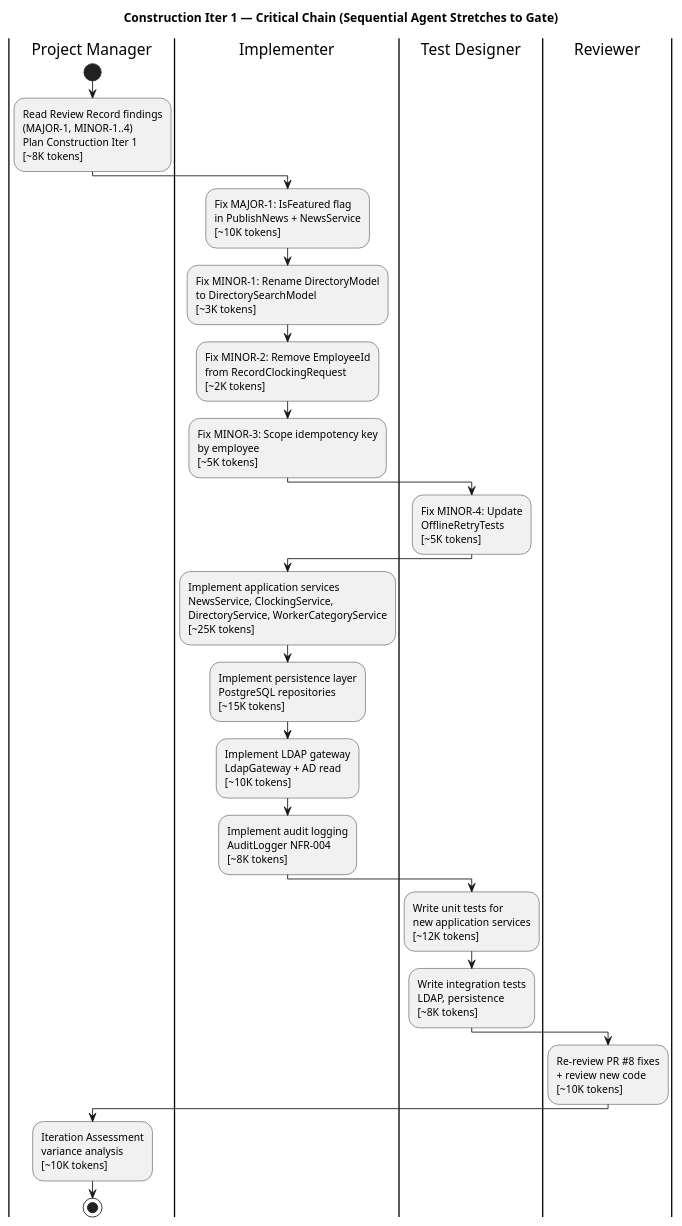
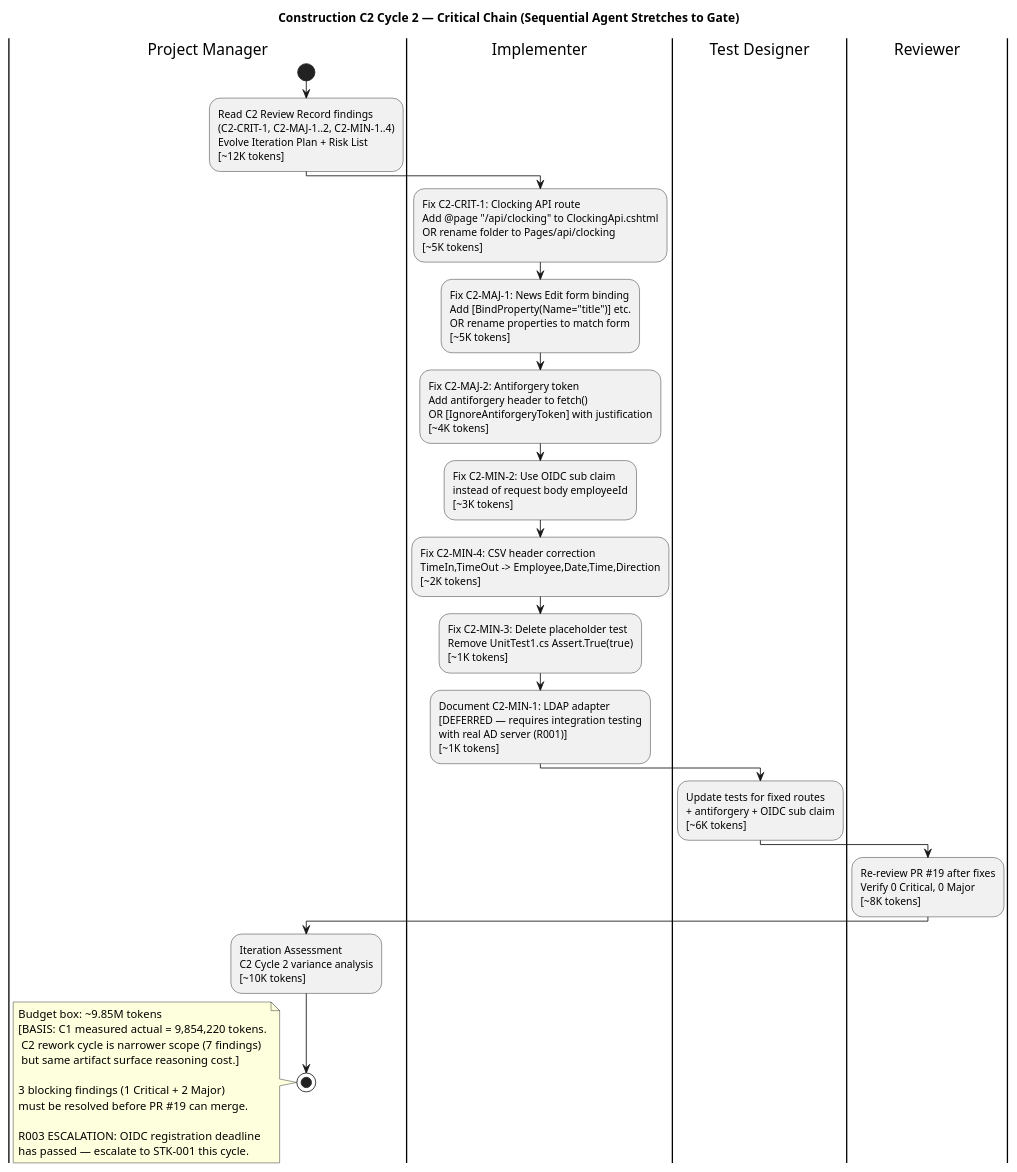
Before and after one commit to banense-test/portal-cuba-corp: the second of 2 diagrams in docs/artifacts/project-management/iteration-plan.md, drawn with PlantUML. The commit also changed other lines of this file, not shown here.

First line of the commit message:
Project Manager [C2]: upsert Iteration Plan

````diff
--- a/docs/artifacts/project-management/iteration-plan.md
+++ b/docs/artifacts/project-management/iteration-plan.md
@@ -60,36 +66,42 @@
 ```plantuml
 @startuml
-title Construction Iter 1 — Critical Chain (Sequential Agent Stretches to Gate)
+title Construction C2 Cycle 2 — Critical Chain (Sequential Agent Stretches to Gate)
 
 |Project Manager|
 start
-:Read Review Record findings\n(MAJOR-1, MINOR-1..4)\nPlan Construction Iter 1\n[~8K tokens];
+:Read C2 Review Record findings\n(C2-CRIT-1, C2-MAJ-1..2, C2-MIN-1..4)\nEvolve Iteration Plan + Risk List\n[~12K tokens];
 
 |Implementer|
-:Fix MAJOR-1: IsFeatured flag\nin PublishNews + NewsService\n[~10K tokens];
-:Fix MINOR-1: Rename DirectoryModel\nto DirectorySearchModel\n[~3K tokens];
-:Fix MINOR-2: Remove EmployeeId\nfrom RecordClockingRequest\n[~2K tokens];
-:Fix MINOR-3: Scope idempotency key\nby employee\n[~5K tokens];
+:Fix C2-CRIT-1: Clocking API route\nAdd @page "/api/clocking" to ClockingApi.cshtml\nOR rename folder to Pages/api/clocking\n[~5K tokens];
+:Fix C2-MAJ-1: News Edit form binding\nAdd [BindProperty(Name="title")] etc.\nOR rename properties to match form\n[~5K tokens];
+:Fix C2-MAJ-2: Antiforgery token\nAdd antiforgery header to fetch()\nOR [IgnoreAntiforgeryToken] with justification\n[~4K tokens];
+:Fix C2-MIN-2: Use OIDC sub claim\ninstead of request body employeeId\n[~3K tokens];
+:Fix C2-MIN-4: CSV header correction\nTimeIn,TimeOut -> Employee,Date,Time,Direction\n[~2K tokens];
+:Fix C2-MIN-3: Delete placeholder test\nRemove UnitTest1.cs Assert.True(true)\n[~1K tokens];
+:Document C2-MIN-1: LDAP adapter\n[DEFERRED — requires integration testing\nwith real AD server (R001)]\n[~1K tokens];
 
 |Test Designer|
-:Fix MINOR-4: Update\nOfflineRetryTests\n[~5K tokens];
-
-|Implementer|
-:Implement application services\nNewsService, ClockingService,\nDirectoryService, WorkerCategoryService\n[~25K tokens];
-:Implement persistence layer\nPostgreSQL repositories\n[~15K tokens];
-:Implement LDAP gateway\nLdapGateway + AD read\n[~10K tokens];
-:Implement audit logging\nAuditLogger NFR-004\n[~8K tokens];
-
-|Test Designer|
-:Write unit tests for\nnew application services\n[~12K tokens];
-:Write integration tests\nLDAP, persistence\n[~8K tokens];
+:Update tests for fixed routes\n+ antiforgery + OIDC sub claim\n[~6K tokens];
 
 |Reviewer|
-:Re-review PR #8 fixes\n+ review new code\n[~10K tokens];
+:Re-review PR #19 after fixes\nVerify 0 Critical, 0 Major\n[~8K tokens];
 
 |Project Manager|
-:Iteration Assessment\nvariance analysis\n[~10K tokens];
+:Iteration Assessment\nC2 Cycle 2 variance analysis\n[~10K tokens];
 stop
+
+note
+  Budget box: ~9.85M tokens
+  [BASIS: C1 measured actual = 9,854,220 tokens.
+   C2 rework cycle is narrower scope (7 findings)
+   but same artifact surface reasoning cost.]
+  
+  3 blocking findings (1 Critical + 2 Major)
+  must be resolved before PR #19 can merge.
+  
+  R003 ESCALATION: OIDC registration deadline
+  has passed — escalate to STK-001 this cycle.
+end note
 
 @enduml
 ```
````
